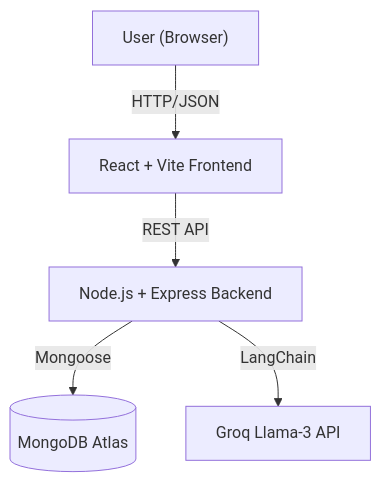
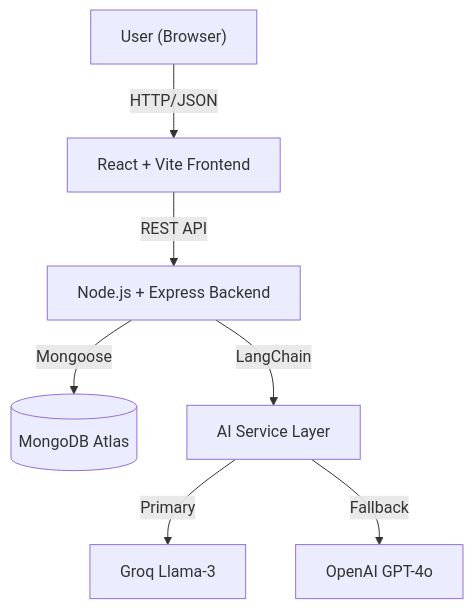
The diagram in README.md (CyberShadowSensei/Project-Manager-AI-Agent), drawn with Mermaid before and after one commit. The commit also changed other lines of this file, not shown here.

Commit message:
docs: update architecture diagram to reflect new multi-provider AI fallback strategy

````diff
--- a/README.md
+++ b/README.md
@@ -17,7 +17,9 @@
 ```mermaid
 graph TD
     User["User (Browser)"] -->|HTTP/JSON| Frontend["React + Vite Frontend"]
     Frontend -->|REST API| Backend["Node.js + Express Backend"]
     Backend -->|Mongoose| DB[("MongoDB Atlas")]
-    Backend -->|LangChain| AI["Groq Llama-3 API"]
+    Backend -->|LangChain| AIService["AI Service Layer"]
+    AIService -->|Primary| Groq["Groq Llama-3"]
+    AIService -->|Fallback| OpenAI["OpenAI GPT-4o"]
 ```
````
